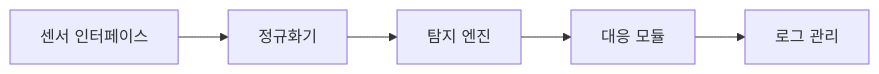
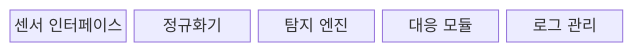
The first of 2 diagrams in src/content/docs/notes/05-security/023_ids_ips.md (agnusdei1207/knowledge-base), drawn with Mermaid before and after one commit. The commit also changed other lines of this file and 11 other files, not shown here.

````diff
--- a/src/content/docs/notes/05-security/023_ids_ips.md
+++ b/src/content/docs/notes/05-security/023_ids_ips.md
@@ -54,7 +55,9 @@
 ```mermaid
-flowchart LR
-    A[센서 인터페이스] --> B[정규화기]
-    B --> C[탐지 엔진]
-    C --> D[대응 모듈]
-    D --> E[로그 관리]
+block-beta
+    columns 5
+    A["센서 인터페이스"]
+    B["정규화기"]
+    C["탐지 엔진"]
+    D["대응 모듈"]
+    E["로그 관리"]
 ```
````
